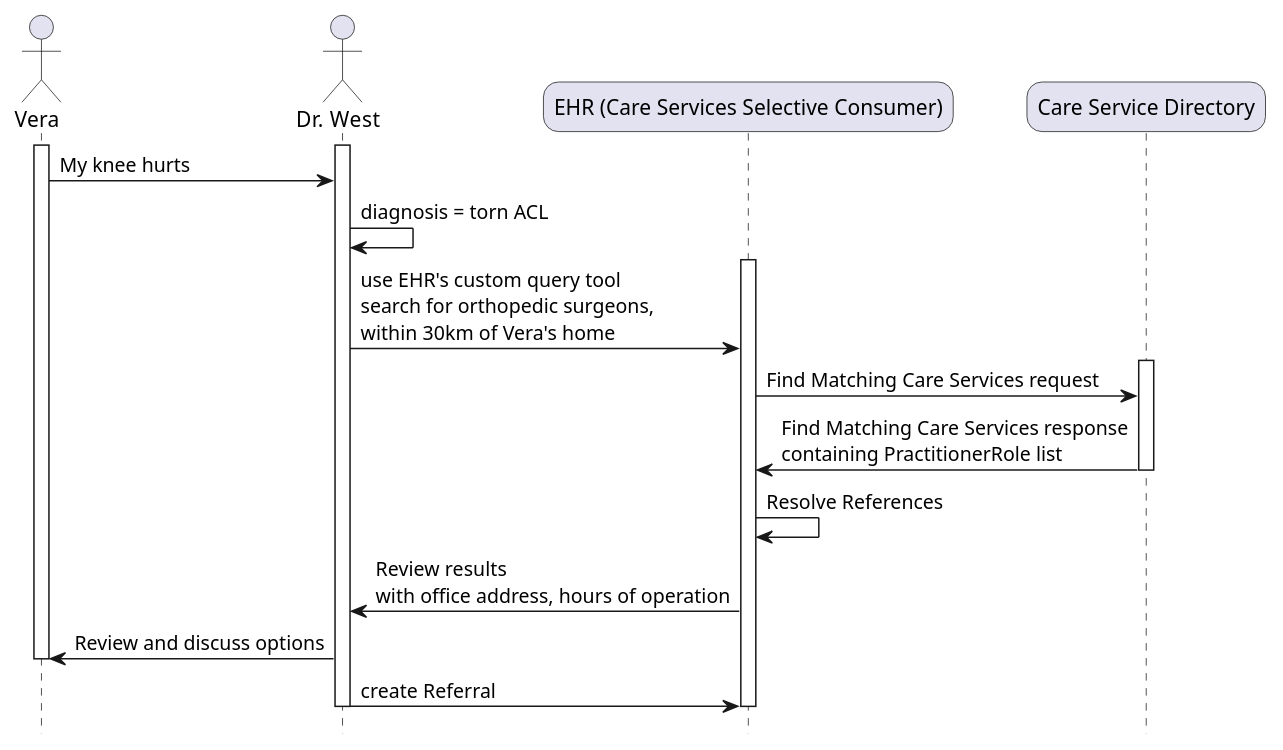
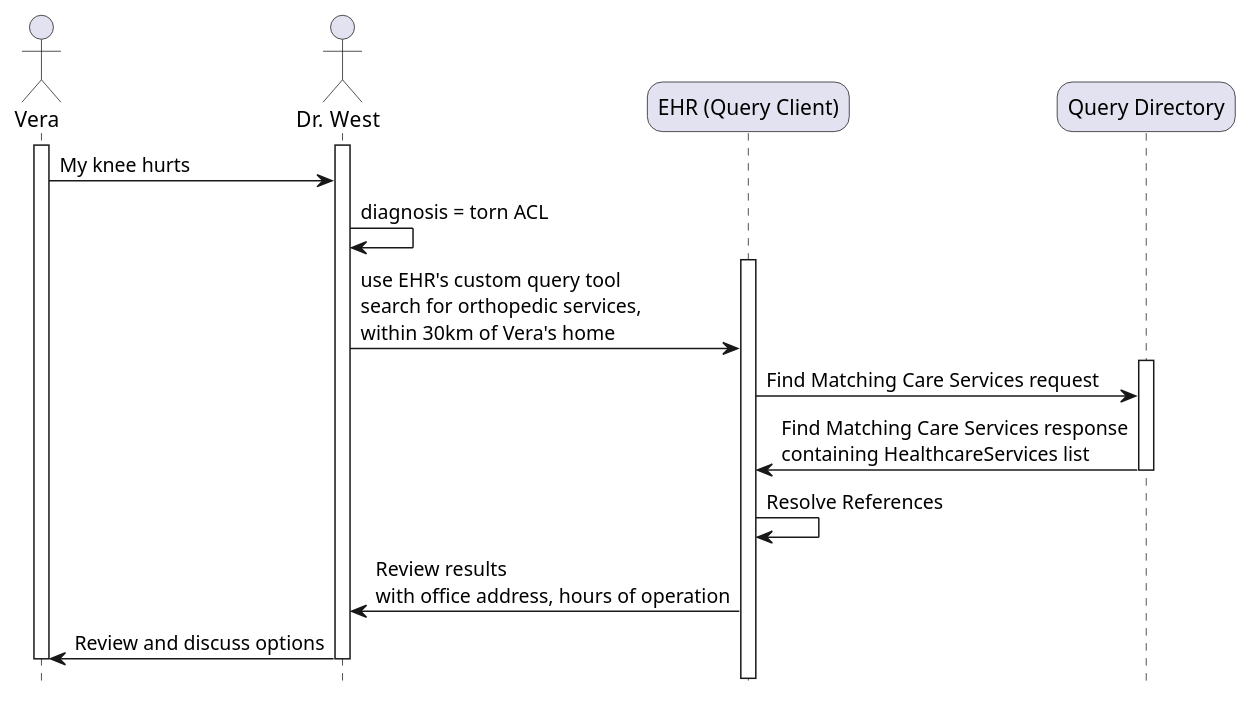
The diagram in input/images-source/care-services-use-case-1.plantuml (nuts-foundation/nl-generic-functions-ig), drawn with PlantUML before and after one commit. The commit also changed 31 other files, not shown here.

```diff
--- a/input/images-source/care-services-use-case-1.plantuml
+++ b/input/images-source/care-services-use-case-1.plantuml
@@ -1,31 +1,30 @@
 @startuml care-services-use-case-1
 
 skinparam roundcorner 20
 skinparam defaultFontName Arial 
 hide footbox
 
 !pragma teoz true
 
 actor  Patient as "Vera"
 actor  Doctor as "Dr. West"
-participant  EHR as "EHR (Care Services Selective Consumer)"
-participant  CSD as "Care Service Directory"
+participant  EHR as "EHR (Query Client)"
+participant  CSD as "Query Directory"
 
 activate Patient
 activate Doctor
 Patient -> Doctor: My knee hurts
 Doctor -> Doctor: diagnosis = torn ACL
 activate EHR
-Doctor -> EHR: use EHR's custom query tool \nsearch for orthopedic surgeons, \nwithin 30km of Vera's home
+Doctor -> EHR: use EHR's custom query tool \nsearch for orthopedic services, \nwithin 30km of Vera's home
 activate CSD
 EHR-> CSD: Find Matching Care Services request
-CSD -> EHR: Find Matching Care Services response\ncontaining PractitionerRole list
+CSD -> EHR: Find Matching Care Services response\ncontaining HealthcareServices list
 deactivate CSD
 EHR -> EHR: Resolve References
 EHR -> Doctor : Review results\nwith office address, hours of operation
 Doctor -> Patient: Review and discuss options
 deactivate Patient
-Doctor -> EHR: create Referral
 deactivate Doctor
 deactivate EHR
 @enduml
```
